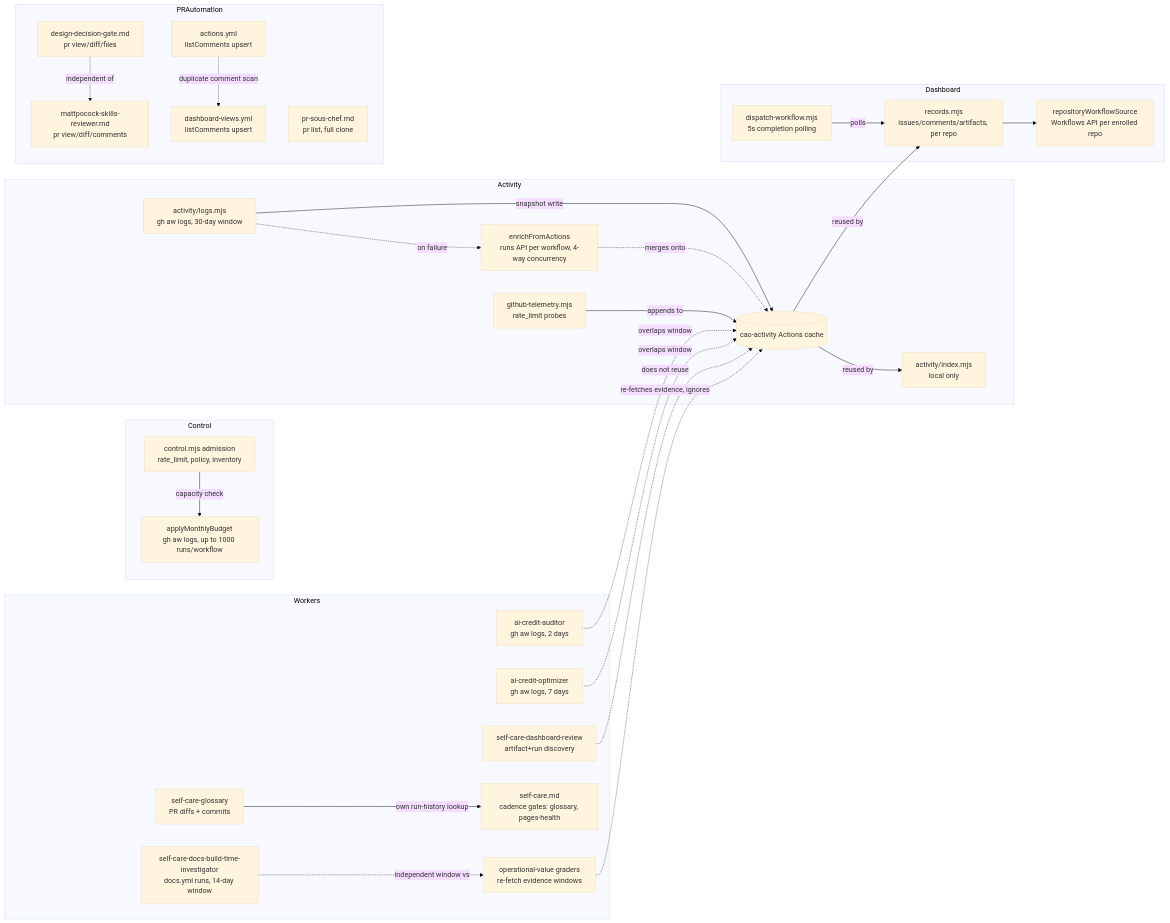
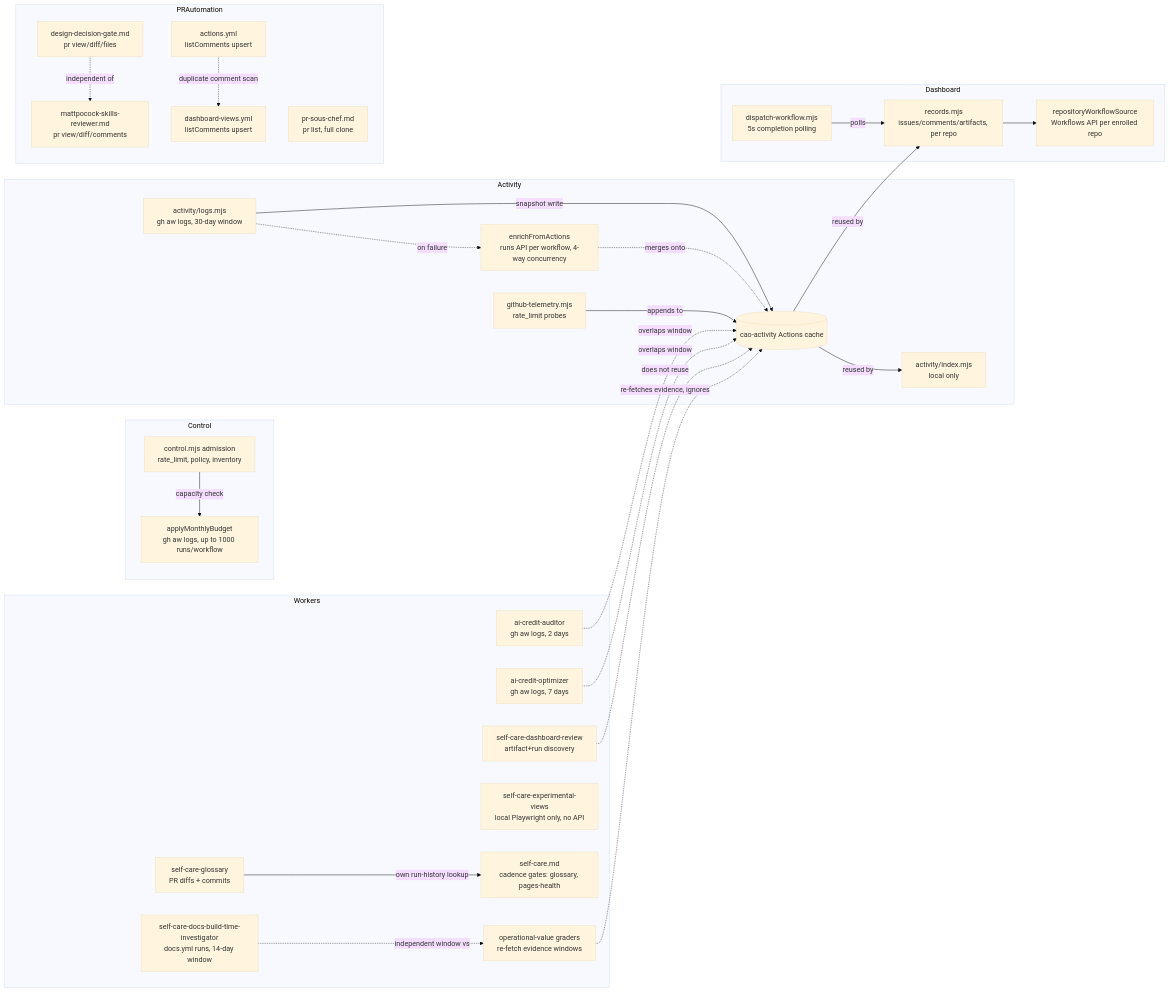
One commit to githubnext/gh-aw-cao changed the diagram in specs/data-acquisition-audit.md. Above: the diagram before and after it, drawn with Mermaid (base theme). The commit also changed other lines of this file, not shown here.

Commit message:
Refresh data acquisition audit: self-care-experimental-views worker (no new API path)

````diff
--- a/specs/data-acquisition-audit.md
+++ b/specs/data-acquisition-audit.md
@@ -180,52 +181,53 @@
 ```mermaid
 flowchart LR
   subgraph Control
     control["control.mjs admission<br/>rate_limit, policy, inventory"]
     budget["applyMonthlyBudget<br/>gh aw logs, up to 1000 runs/workflow"]
   end
   subgraph Activity
     logsmjs["activity/logs.mjs<br/>gh aw logs, 30-day window"]
     fallback["enrichFromActions<br/>runs API per workflow, 4-way concurrency"]
     indexmjs["activity/index.mjs<br/>local only"]
     telemetry["github-telemetry.mjs<br/>rate_limit probes"]
     cache[("cao-activity Actions cache")]
   end
   subgraph Dashboard
     records["records.mjs<br/>issues/comments/artifacts, per repo"]
     remotewf["repositoryWorkflowSource<br/>Workflows API per enrolled repo"]
     dispatch["dispatch-workflow.mjs<br/>5s completion polling"]
   end
   subgraph Workers
     aicaud["ai-credit-auditor<br/>gh aw logs, 2 days"]
     aicopt["ai-credit-optimizer<br/>gh aw logs, 7 days"]
     reviewpf["self-care-dashboard-review<br/>artifact+run discovery"]
     glossary["self-care-glossary<br/>PR diffs + commits"]
     docsbt["self-care-docs-build-time-investigator<br/>docs.yml runs, 14-day window"]
+    expviews["self-care-experimental-views<br/>local Playwright only, no API"]
     selfcare["self-care.md<br/>cadence gates: glossary, pages-health"]
     graders["operational-value graders<br/>re-fetch evidence windows"]
   end
   subgraph PRAutomation
     ddg["design-decision-gate.md<br/>pr view/diff/files"]
     mattpocock["mattpocock-skills-reviewer.md<br/>pr view/diff/comments"]
     soschef["pr-sous-chef.md<br/>pr list, full clone"]
     mobileci["actions.yml<br/>listComments upsert"]
     dashviews["dashboard-views.yml<br/>listComments upsert"]
   end
   control -->|capacity check| budget
   logsmjs -->|snapshot write| cache
   logsmjs -.->|on failure| fallback
   fallback -.->|merges onto| cache
   cache -->|reused by| indexmjs
   cache -->|reused by| records
   telemetry -->|appends to| cache
   records --> remotewf
   dispatch -->|polls| records
   aicaud -.->|overlaps window| cache
   aicopt -.->|overlaps window| cache
   reviewpf -.->|does not reuse| cache
   glossary -->|own run-history lookup| selfcare
   docsbt -.->|independent window vs| graders
   graders -.->|re-fetches evidence, ignores| cache
   ddg -.->|independent of| mattpocock
   mobileci -.->|duplicate comment scan| dashviews
 ```
````
